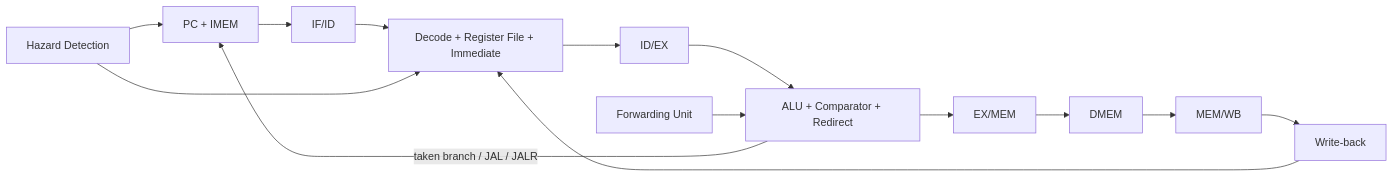
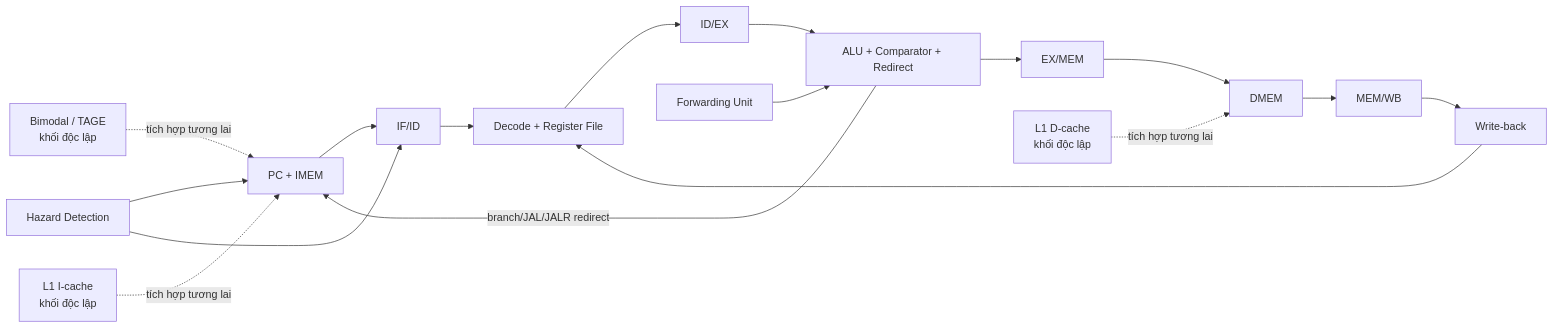
Before and after one commit to TranNguyenAnhKhoa/RISCV32I: the diagram in README.md, drawn with Mermaid. The commit also changed other lines of this file and 14 other files, not shown here.

````diff
--- a/README.md
+++ b/README.md
@@ -29,16 +54,21 @@
 ```mermaid
 flowchart LR
     PC["PC + IMEM"] --> IFID["IF/ID"]
-    IFID --> ID["Decode + Register File + Immediate"]
+    IFID --> ID["Decode + Register File"]
     ID --> IDEX["ID/EX"]
     IDEX --> EX["ALU + Comparator + Redirect"]
     EX --> EXMEM["EX/MEM"]
     EXMEM --> MEM["DMEM"]
     MEM --> MEMWB["MEM/WB"]
     MEMWB --> WB["Write-back"]
     WB --> ID
+
     HAZARD["Hazard Detection"] --> PC
-    HAZARD --> ID
+    HAZARD --> IFID
     FORWARD["Forwarding Unit"] --> EX
-    EX -->|"taken branch / JAL / JALR"| PC
+    EX -->|"branch/JAL/JALR redirect"| PC
+
+    BP["Bimodal / TAGE\nkhối độc lập"] -. "tích hợp tương lai" .-> PC
+    ICACHE["L1 I-cache\nkhối độc lập"] -. "tích hợp tương lai" .-> PC
+    DCACHE["L1 D-cache\nkhối độc lập"] -. "tích hợp tương lai" .-> MEM
 ```
````
